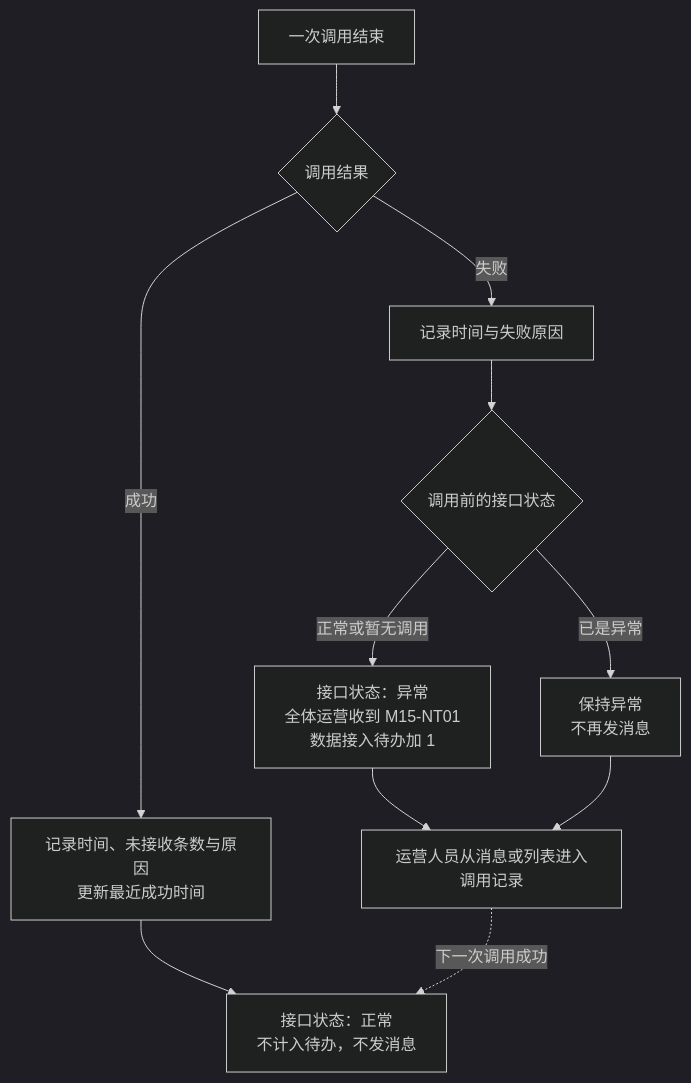
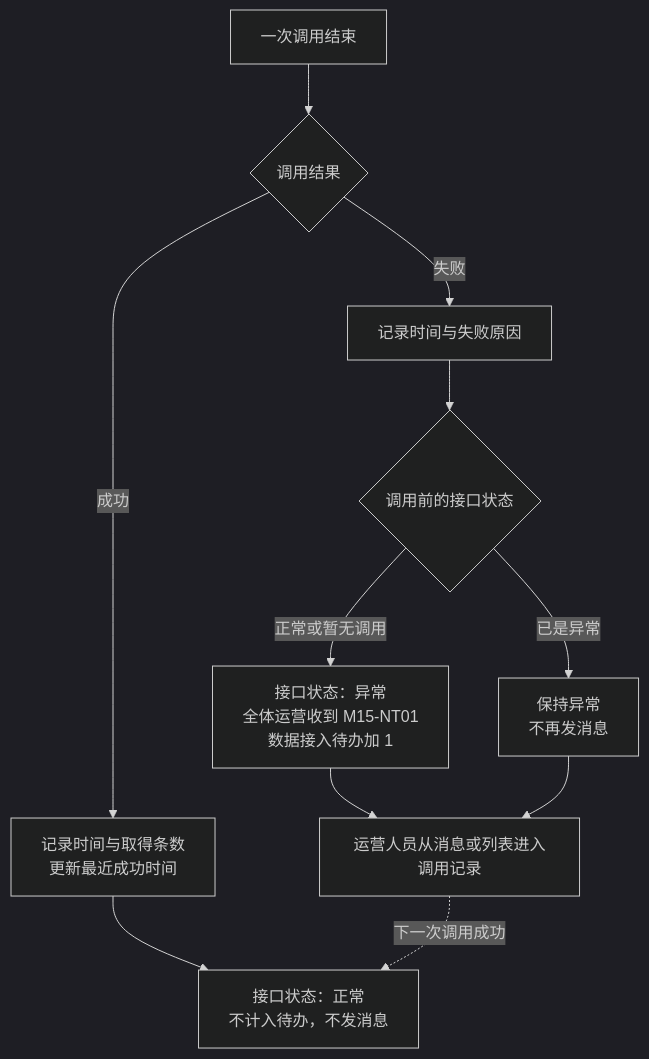
Before and after one commit to wxblockchain/Chain-Financing: the first of 4 diagrams in asset-trust-platform/PRD/运营端/M15-数据监控/02-数据监控-流程图与状态机.md, drawn with Mermaid (dark theme). The commit also changed other lines of this file and 4 other files, not shown here.

````diff
--- a/asset-trust-platform/PRD/运营端/M15-数据监控/02-数据监控-流程图与状态机.md
+++ b/asset-trust-platform/PRD/运营端/M15-数据监控/02-数据监控-流程图与状态机.md
@@ -17,13 +17,13 @@
 ```mermaid
 flowchart TD
     A[一次调用结束] --> B{调用结果}
-    B -->|成功| C[记录时间、未接收条数与原因<br/>更新最近成功时间]
+    B -->|成功| C[记录时间与取得条数<br/>更新最近成功时间]
     C --> D[接口状态：正常<br/>不计入待办，不发消息]
     B -->|失败| E[记录时间与失败原因]
     E --> F{调用前的接口状态}
     F -->|正常或暂无调用| G[接口状态：异常<br/>全体运营收到 M15-NT01<br/>数据接入待办加 1]
     F -->|已是异常| H[保持异常<br/>不再发消息]
     G --> I[运营人员从消息或列表进入调用记录]
     H --> I
     I -.->|下一次调用成功| D
 ```
````
